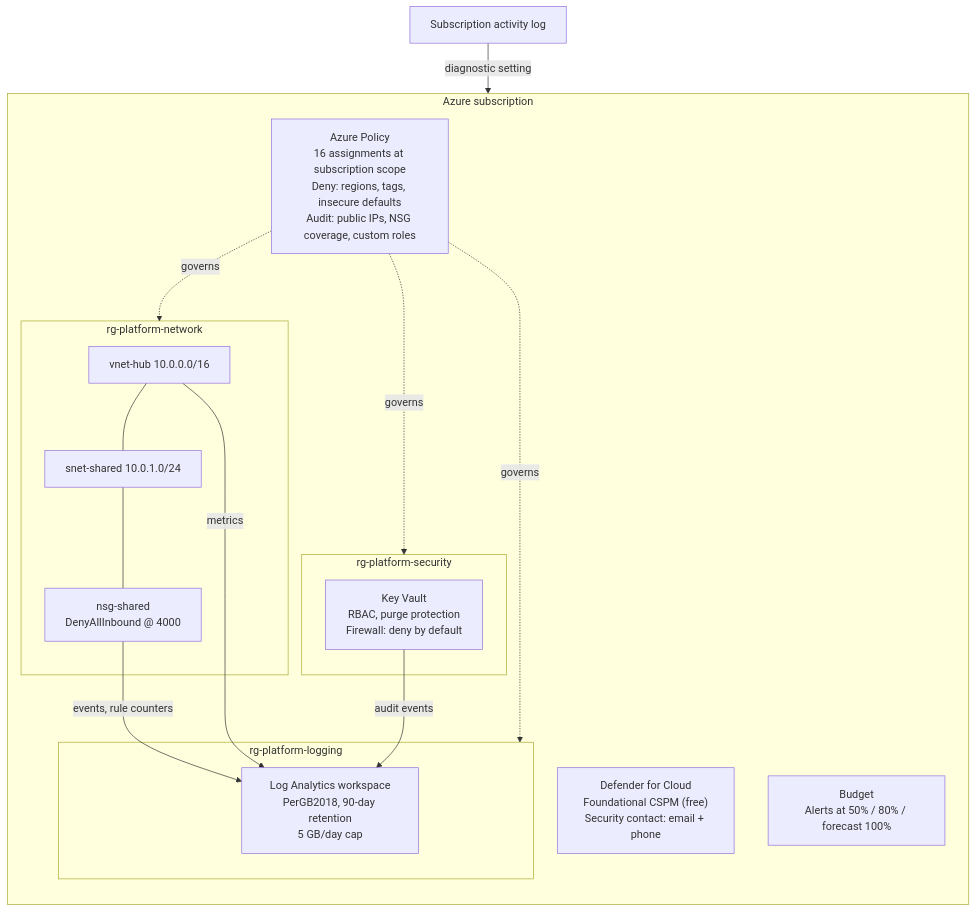
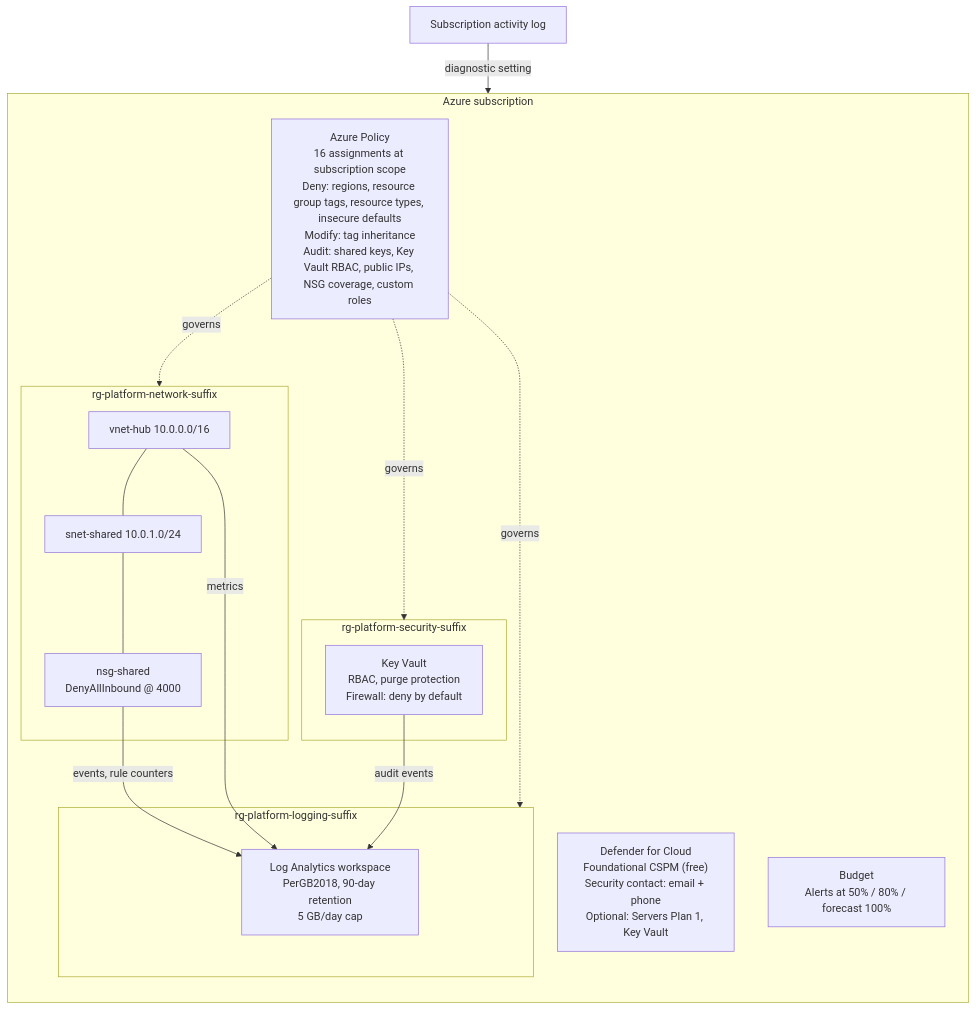
Before and after one commit to IndigoWave-Tech/groundwork: the diagram in blueprints/01-landing-zone/README.md, drawn with Mermaid. The commit also changed other lines of this file and 15 other files, not shown here.

````diff
--- a/blueprints/01-landing-zone/README.md
+++ b/blueprints/01-landing-zone/README.md
@@ -45,33 +46,33 @@
 ```mermaid
 flowchart TB
     subgraph sub["Azure subscription"]
         direction TB
-        policy["Azure Policy<br/>16 assignments at subscription scope<br/>Deny: regions, tags, insecure defaults<br/>Audit: public IPs, NSG coverage, custom roles"]
-        defender["Defender for Cloud<br/>Foundational CSPM (free)<br/>Security contact: email + phone"]
+        policy["Azure Policy<br/>16 assignments at subscription scope<br/>Deny: regions, resource group tags, resource types, insecure defaults<br/>Modify: tag inheritance<br/>Audit: shared keys, Key Vault RBAC, public IPs, NSG coverage, custom roles"]
+        defender["Defender for Cloud<br/>Foundational CSPM (free)<br/>Security contact: email + phone<br/>Optional: Servers Plan 1, Key Vault"]
         budget["Budget<br/>Alerts at 50% / 80% / forecast 100%"]
 
-        subgraph rgl["rg-platform-logging"]
+        subgraph rgl["rg-platform-logging-suffix"]
             law["Log Analytics workspace<br/>PerGB2018, 90-day retention<br/>5 GB/day cap"]
         end
 
-        subgraph rgn["rg-platform-network"]
+        subgraph rgn["rg-platform-network-suffix"]
             vnet["vnet-hub 10.0.0.0/16"]
             snet["snet-shared 10.0.1.0/24"]
             nsg["nsg-shared<br/>DenyAllInbound @ 4000"]
             vnet --- snet
             snet --- nsg
         end
 
-        subgraph rgs["rg-platform-security"]
+        subgraph rgs["rg-platform-security-suffix"]
             kv["Key Vault<br/>RBAC, purge protection<br/>Firewall: deny by default"]
         end
     end
 
     activity["Subscription activity log"] -->|diagnostic setting| law
     nsg -->|events, rule counters| law
     vnet -->|metrics| law
     kv -->|audit events| law
     policy -.->|governs| rgl
     policy -.->|governs| rgn
     policy -.->|governs| rgs
 ```
````
